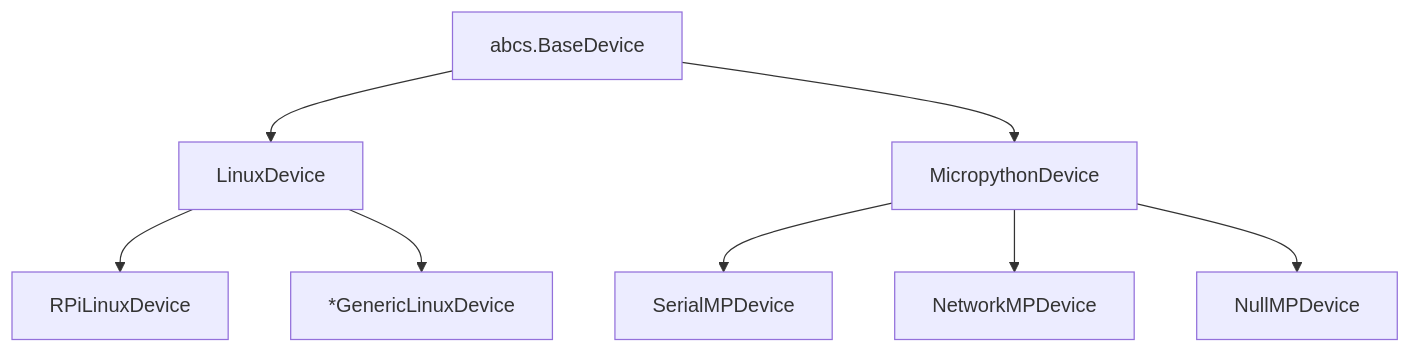
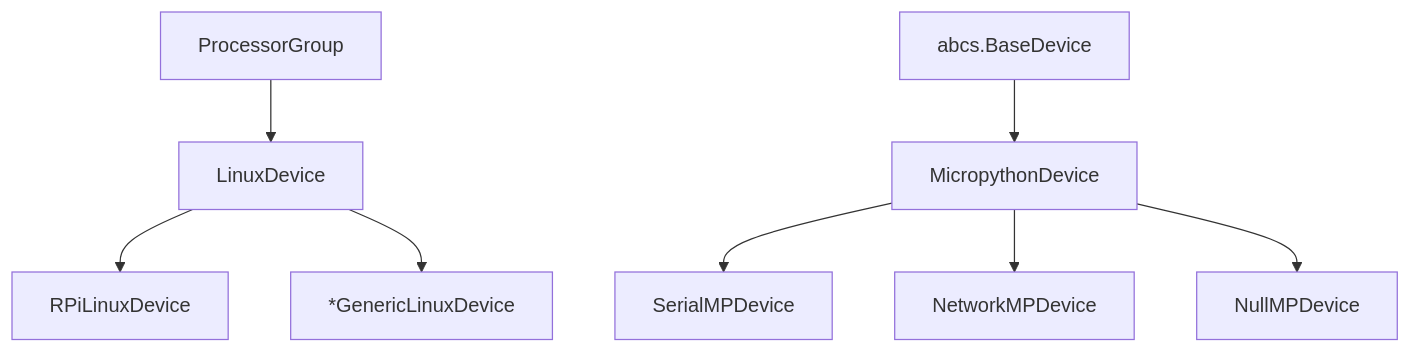
The first of 3 diagrams in __docs/devices.md (Trappy-Scopes/trappyscopes), drawn with Mermaid before and after one commit. The commit also changed other lines of this file and 52 other files, not shown here.

````diff
--- a/__docs/devices.md
+++ b/__docs/devices.md
@@ -21,13 +24,13 @@
 ```mermaid
 graph TD
-	abcs.BaseDevice --> LinuxDevice
+	ProcessorGroup --> LinuxDevice
 	abcs.BaseDevice --> MicropythonDevice
 		
 	LinuxDevice --> RPiLinuxDevice
 	LinuxDevice --> *GenericLinuxDevice
 	
 	MicropythonDevice --> SerialMPDevice
 	MicropythonDevice --> NetworkMPDevice
 	MicropythonDevice --> NullMPDevice
 	
 ```
````
